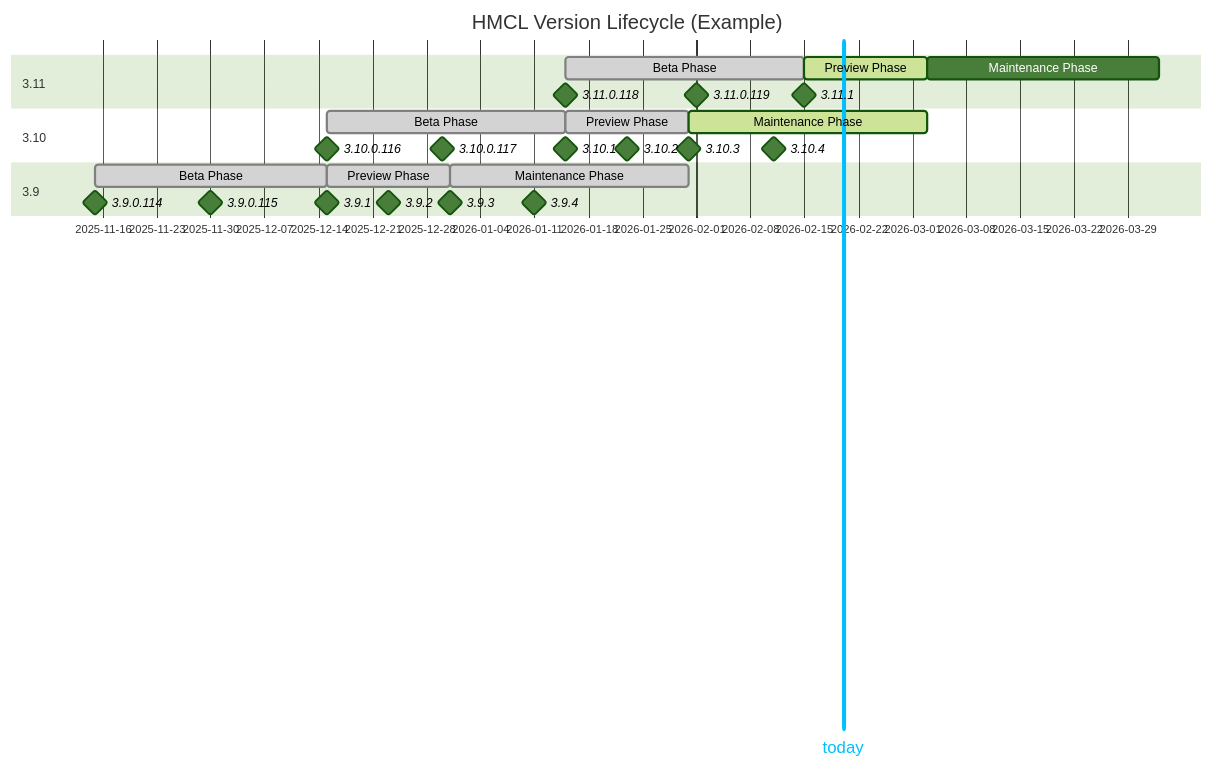
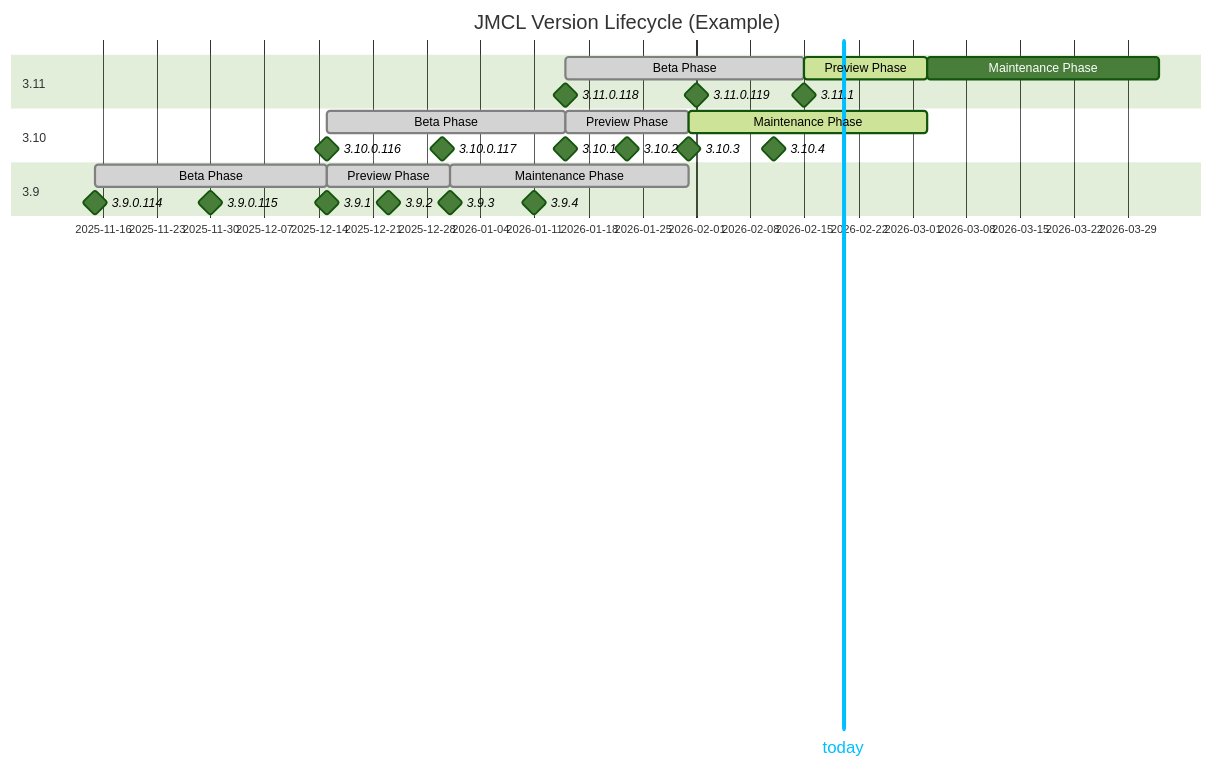
One commit to Redstone-Nebula/JMCL changed the diagram in docs/ReleaseSchedule.md. Above: the diagram before and after it, drawn with Mermaid (forest theme). The commit also changed other lines of this file and 17 other files, not shown here.

````diff
--- a/docs/ReleaseSchedule.md
+++ b/docs/ReleaseSchedule.md
@@ -49,35 +49,35 @@
 ```mermaid
 ---
 displayMode: compact
 ---
 gantt
-    title HMCL Version Lifecycle (Example)
+    title JMCL Version Lifecycle (Example)
     section 3.11
         today: vert, 2026-02-20, 0d
         Beta Phase: done, c1, after b1, 31d
         Preview Phase: active, c2, after c1, 16d
         Maintenance Phase: c3, after c2, 30d
         3.11.0.118: milestone, after b1, 0d
         3.11.0.119: milestone, 2026-02-01, 0d
         3.11.1: milestone, after c1, 0d
     section 3.10
         Beta Phase: done, b1, after a1, 31d
         Preview Phase: done, b2, after b1, 16d
         Maintenance Phase: active, b3, after b2, 31d
         3.10.0.116: milestone, after a1, 0d
         3.10.0.117: milestone, 2025-12-30, 0d
         3.10.1: milestone, after b1, 0d
         3.10.2: milestone, 2026-01-23, 0d
         3.10.3: milestone, after b2, 0d
         3.10.4: milestone, 2026-02-11, 0d
     section 3.9
         Beta Phase: done, a1, 2025-11-15, 30d
         Preview Phase: done, a2, after a1, 16d
         Maintenance Phase: done, a3, after a2, 31d
         3.9.0.114: milestone, 2025-11-15, 0d
         3.9.0.115: milestone, 2025-11-30, 0d
         3.9.1: milestone, after a1, 0d
         3.9.2: milestone, 2025-12-23, 0d
         3.9.3: milestone, after a2, 0d
         3.9.4: milestone, 2026-01-11, 0d
 ```
````
